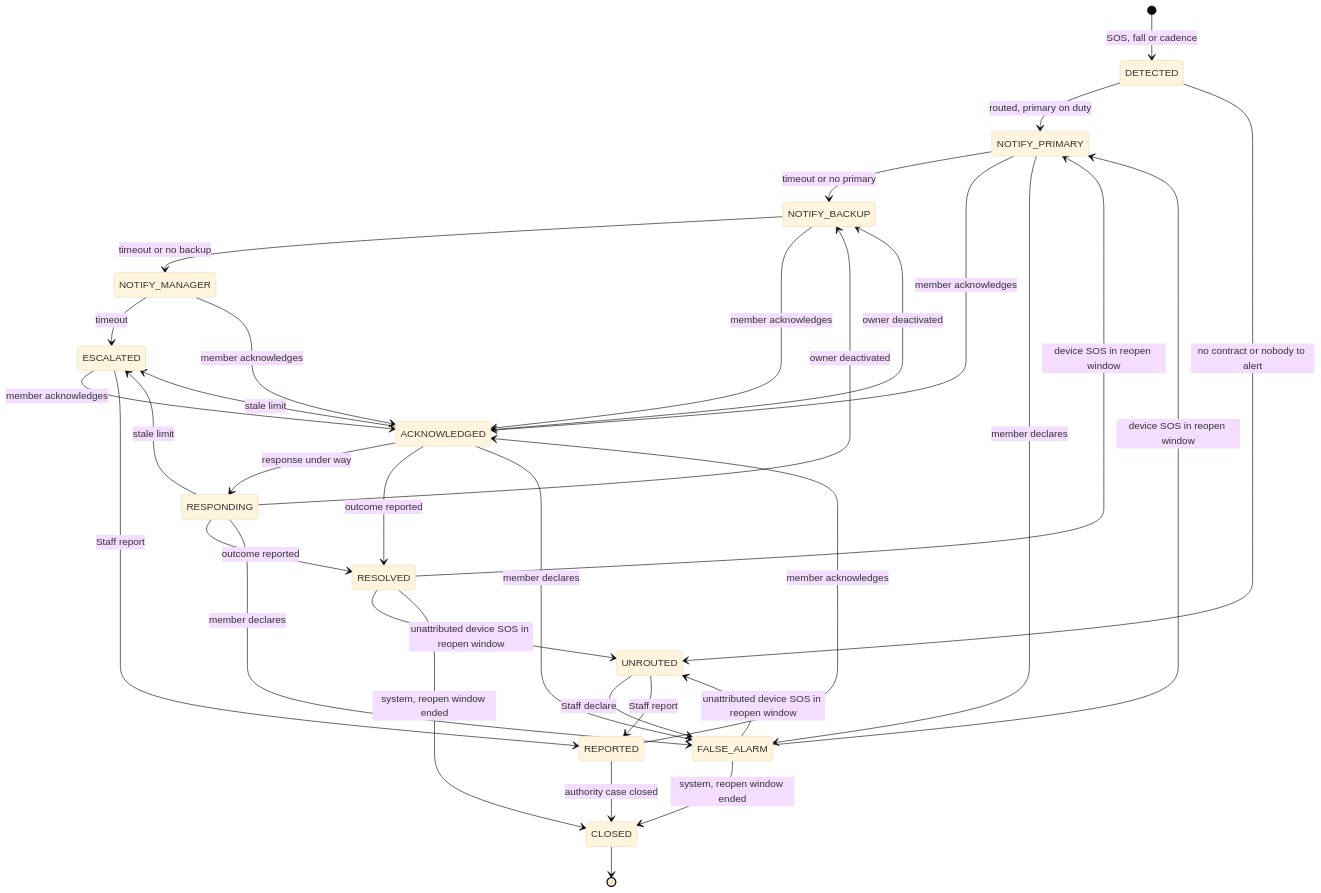
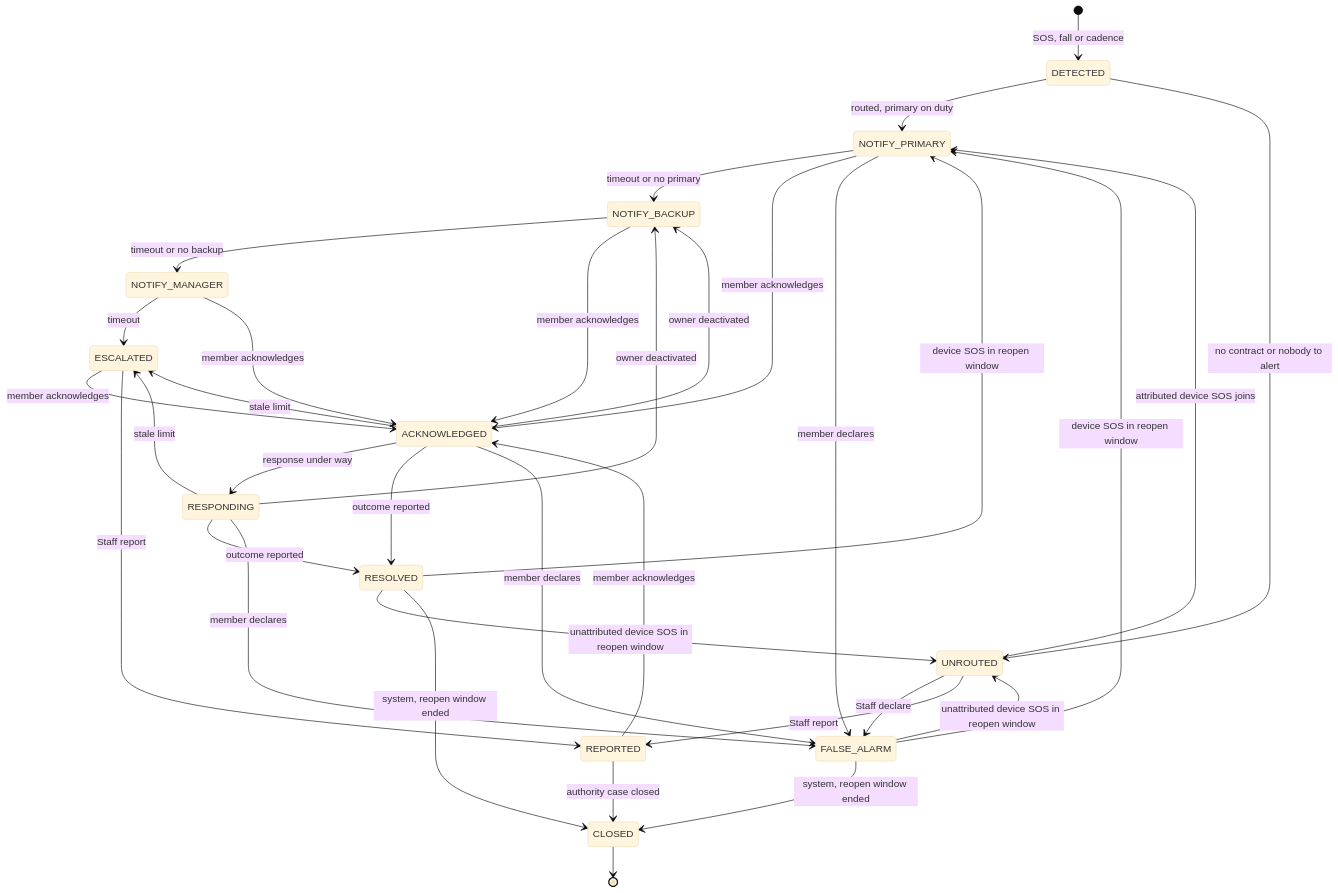
One commit to TrekLink-Team/treklink-web changed the second of 10 diagrams in specs/incidents/design.md. Above: the diagram before and after it, drawn with Mermaid (base theme). The commit also changed other lines of this file and 1 other file, not shown here.

````diff
--- a/specs/incidents/design.md
+++ b/specs/incidents/design.md
@@ -59,35 +59,36 @@
 ```mermaid
 stateDiagram-v2
     [*] --> DETECTED : SOS, fall or cadence
     DETECTED --> NOTIFY_PRIMARY : routed, primary on duty
     DETECTED --> UNROUTED : no contract or nobody to alert
     NOTIFY_PRIMARY --> NOTIFY_BACKUP : timeout or no primary
     NOTIFY_BACKUP --> NOTIFY_MANAGER : timeout or no backup
     NOTIFY_MANAGER --> ESCALATED : timeout
     NOTIFY_PRIMARY --> ACKNOWLEDGED : member acknowledges
     NOTIFY_BACKUP --> ACKNOWLEDGED : member acknowledges
     NOTIFY_MANAGER --> ACKNOWLEDGED : member acknowledges
     ESCALATED --> ACKNOWLEDGED : member acknowledges
     REPORTED --> ACKNOWLEDGED : member acknowledges
     ACKNOWLEDGED --> RESPONDING : response under way
     ACKNOWLEDGED --> ESCALATED : stale limit
     RESPONDING --> ESCALATED : stale limit
     ACKNOWLEDGED --> NOTIFY_BACKUP : owner deactivated
     RESPONDING --> NOTIFY_BACKUP : owner deactivated
     ACKNOWLEDGED --> RESOLVED : outcome reported
     RESPONDING --> RESOLVED : outcome reported
     NOTIFY_PRIMARY --> FALSE_ALARM : member declares
     ACKNOWLEDGED --> FALSE_ALARM : member declares
     RESPONDING --> FALSE_ALARM : member declares
     UNROUTED --> FALSE_ALARM : Staff declare
     UNROUTED --> REPORTED : Staff report
+    UNROUTED --> NOTIFY_PRIMARY : attributed device SOS joins
     ESCALATED --> REPORTED : Staff report
     REPORTED --> CLOSED : authority case closed
     RESOLVED --> NOTIFY_PRIMARY : device SOS in reopen window
     FALSE_ALARM --> NOTIFY_PRIMARY : device SOS in reopen window
     RESOLVED --> UNROUTED : unattributed device SOS in reopen window
     FALSE_ALARM --> UNROUTED : unattributed device SOS in reopen window
     RESOLVED --> CLOSED : system, reopen window ended
     FALSE_ALARM --> CLOSED : system, reopen window ended
     CLOSED --> [*]
 ```
````
